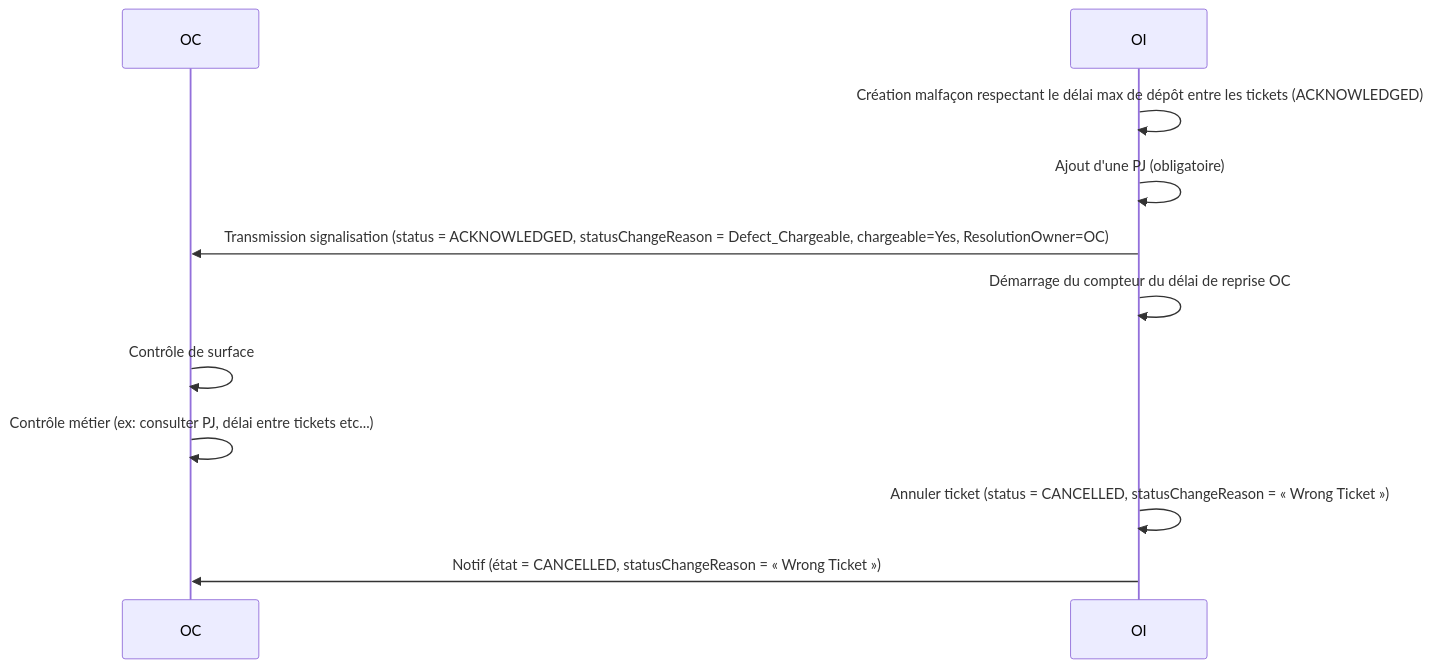
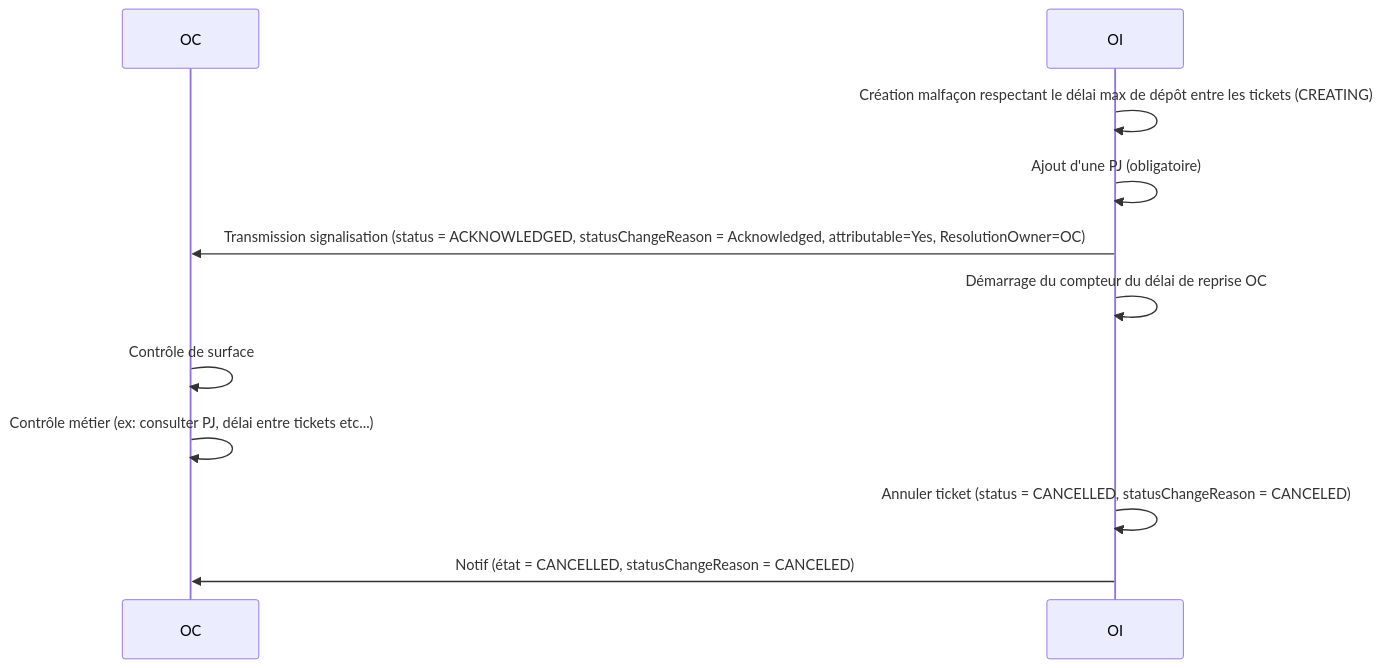
The ninth of 12 diagrams in README.md (before-interop/malfacon), drawn with Mermaid before and after one commit. The commit also changed other lines of this file and 6 other files, not shown here.

````diff
--- a/README.md
+++ b/README.md
@@ -553,15 +640,15 @@
 ```mermaid
 sequenceDiagram
 
   participant OC
   participant OI
 
-  OI->>OI: Création malfaçon respectant le délai max de dépôt entre les tickets (ACKNOWLEDGED)
+  OI->>OI: Création malfaçon respectant le délai max de dépôt entre les tickets (CREATING)
   OI->>OI: Ajout d'une PJ (obligatoire)
-  OI->>OC: Transmission signalisation (status = ACKNOWLEDGED, statusChangeReason = Defect_Chargeable, chargeable=Yes, ResolutionOwner=OC)
+  OI->>OC: Transmission signalisation (status = ACKNOWLEDGED, statusChangeReason = Acknowledged, attributable=Yes, ResolutionOwner=OC)
   OI->>OI: Démarrage du compteur du délai de reprise OC
   OC->>OC: Contrôle de surface
   OC->>OC: Contrôle métier (ex: consulter PJ, délai entre tickets etc...)
-  OI->>OI: Annuler ticket (status = CANCELLED, statusChangeReason = « Wrong Ticket »)
-  OI->>OC: Notif (état = CANCELLED, statusChangeReason = « Wrong Ticket »)
+  OI->>OI: Annuler ticket (status = CANCELLED, statusChangeReason = CANCELED)
+  OI->>OC: Notif (état = CANCELLED, statusChangeReason = CANCELED)
 ```
````
